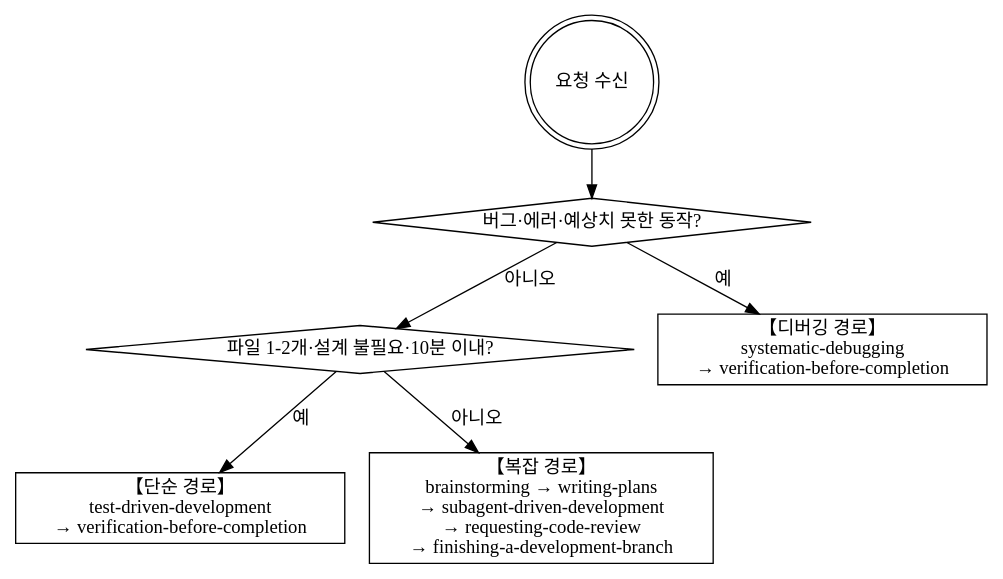
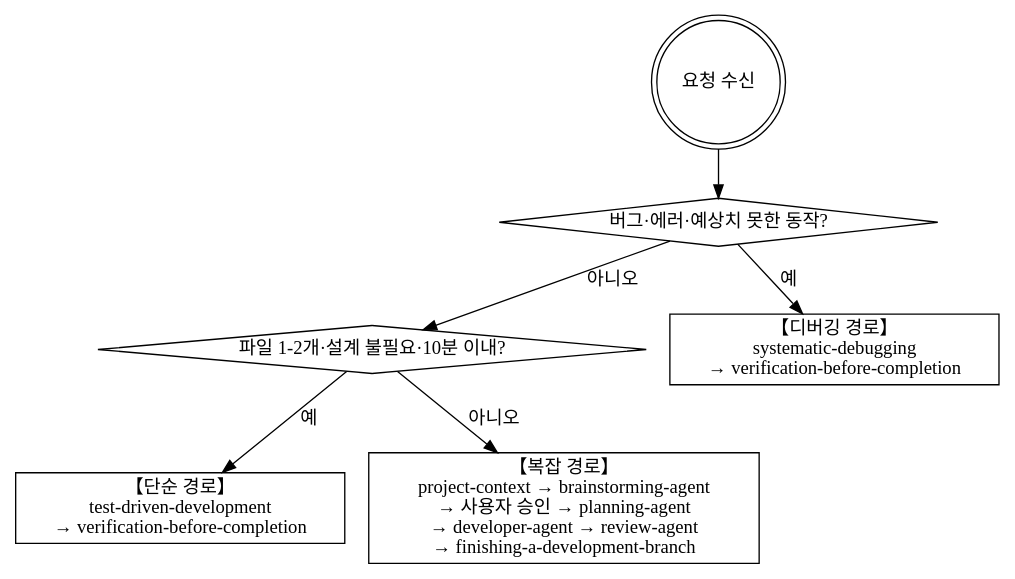
One commit to hicucu/my-poor-ai changed the first of 3 diagrams in skills/using-my-poor-ai/SKILL.md. Above: the diagram before and after it, drawn with Graphviz. The commit also changed other lines of this file and 315 other files, not shown here.

First line of the commit message:
release: 7.0.0 — Claude Code 2.1.303·Claude 5 정합 + FULL 경로 단일화 (#23)

````diff
--- a/skills/using-my-poor-ai/SKILL.md
+++ b/skills/using-my-poor-ai/SKILL.md
@@ -48,18 +50,18 @@
 ```dot
 digraph request_dispatch {
     rankdir=TB;
 
     "요청 수신" [shape=doublecircle];
     "버그·에러·예상치 못한 동작?" [shape=diamond];
     "파일 1-2개·설계 불필요·10분 이내?" [shape=diamond];
     "DEBUG" [shape=box, label="【디버깅 경로】\nsystematic-debugging\n→ verification-before-completion"];
     "SIMPLE" [shape=box, label="【단순 경로】\ntest-driven-development\n→ verification-before-completion"];
-    "FULL" [shape=box, label="【복잡 경로】\nbrainstorming → writing-plans\n→ subagent-driven-development\n→ requesting-code-review\n→ finishing-a-development-branch"];
+    "FULL" [shape=box, label="【복잡 경로】\nproject-context → brainstorming-agent\n→ 사용자 승인 → planning-agent\n→ developer-agent → review-agent\n→ finishing-a-development-branch"];
 
     "요청 수신" -> "버그·에러·예상치 못한 동작?";
     "버그·에러·예상치 못한 동작?" -> "DEBUG" [label="예"];
     "버그·에러·예상치 못한 동작?" -> "파일 1-2개·설계 불필요·10분 이내?" [label="아니오"];
     "파일 1-2개·설계 불필요·10분 이내?" -> "SIMPLE" [label="예"];
     "파일 1-2개·설계 불필요·10분 이내?" -> "FULL" [label="아니오"];
 }
 ```
````
